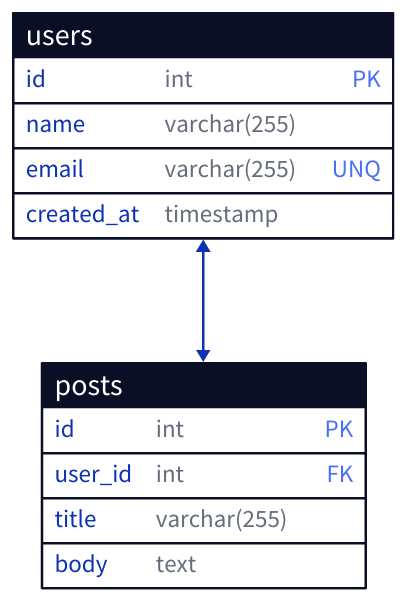
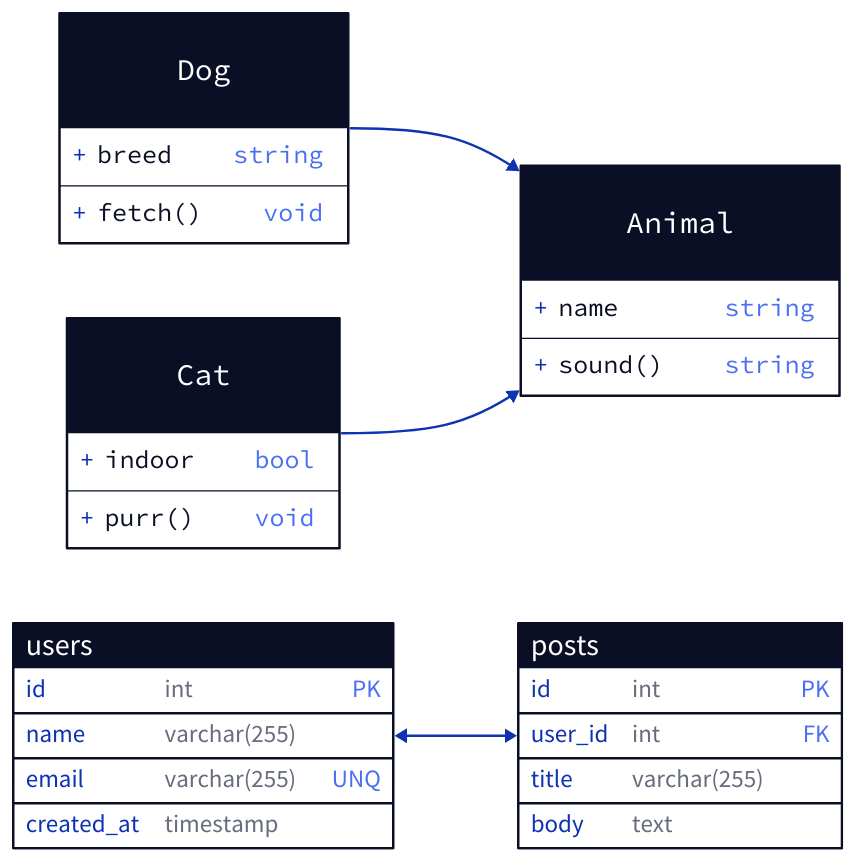
Before and after one commit to letientai299/dirsv: the fifth of 11 diagrams in tests/d2.md, drawn with D2. The commit also changed other lines of this file, not shown here.

````diff
--- a/tests/d2.md
+++ b/tests/d2.md
@@ -99,19 +173,37 @@
 ```d2
+direction: right
+
+Animal: {
+  shape: class
+  name: string
+  sound(): string
+}
+Dog: {
+  shape: class
+  breed: string
+  fetch(): void
+}
+Cat: {
+  shape: class
+  indoor: bool
+  purr(): void
+}
+Animal <-- Dog
+Animal <-- Cat
+
 users: {
   shape: sql_table
   id: int {constraint: primary_key}
   name: varchar(255)
   email: varchar(255) {constraint: unique}
   created_at: timestamp
 }
-
 posts: {
   shape: sql_table
   id: int {constraint: primary_key}
   user_id: int {constraint: foreign_key}
   title: varchar(255)
   body: text
 }
-
 users.id <-> posts.user_id
 ```
````
